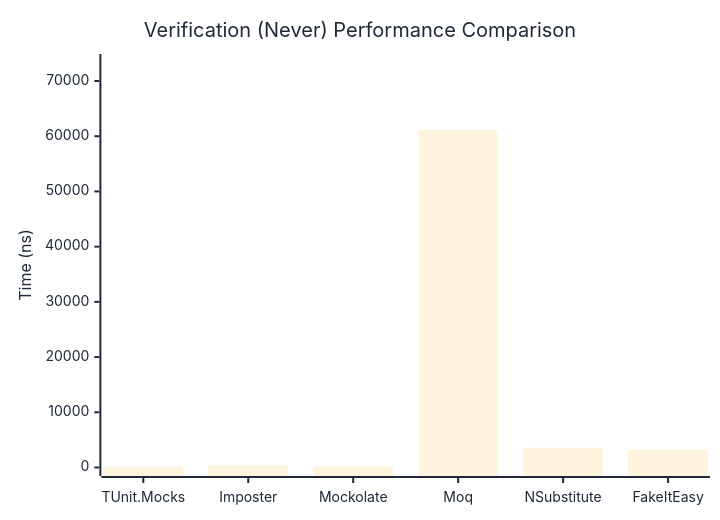
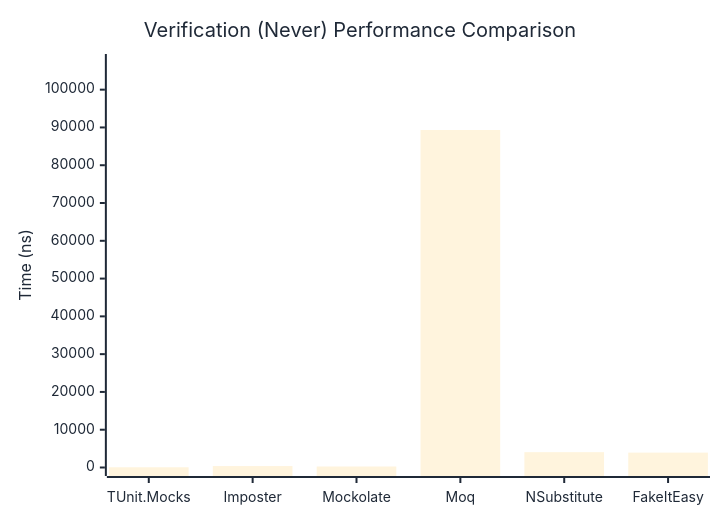
One commit to thomhurst/TUnit changed the second of 3 diagrams in docs/docs/benchmarks/mocks/Verification.md. Above: the diagram before and after it, drawn with Mermaid. The commit also changed other lines of this file and 14 other files, not shown here.

````diff
--- a/docs/docs/benchmarks/mocks/Verification.md
+++ b/docs/docs/benchmarks/mocks/Verification.md
@@ -71,27 +71,27 @@
 ```mermaid
 %%{init: {
   'theme':'base',
   'themeVariables': {
     'primaryColor': '#2563eb',
     'primaryTextColor': '#1f2937',
     'primaryBorderColor': '#1e40af',
     'lineColor': '#6b7280',
     'secondaryColor': '#7c3aed',
     'tertiaryColor': '#dc2626',
     'background': '#ffffff',
     'pie1': '#2563eb',
     'pie2': '#7c3aed',
     'pie3': '#dc2626',
     'pie4': '#f59e0b',
     'pie5': '#10b981',
     'pie6': '#06b6d4',
     'pie7': '#ec4899',
     'pie8': '#6366f1'
   }
 }}%%
 xychart-beta
   title "Verification (Never) Performance Comparison"
   x-axis ["TUnit.Mocks", "Imposter", "Mockolate", "Moq", "NSubstitute", "FakeItEasy"]
-  y-axis "Time (ns)" 0 --> 73351
-  bar [54.28, 343.9, 237.08, 61125.35, 3563.81, 3217.19]
+  y-axis "Time (ns)" 0 --> 107189
+  bar [59.27, 375.63, 266.06, 89324.02, 4056.3, 3938.06]
 ```
````
